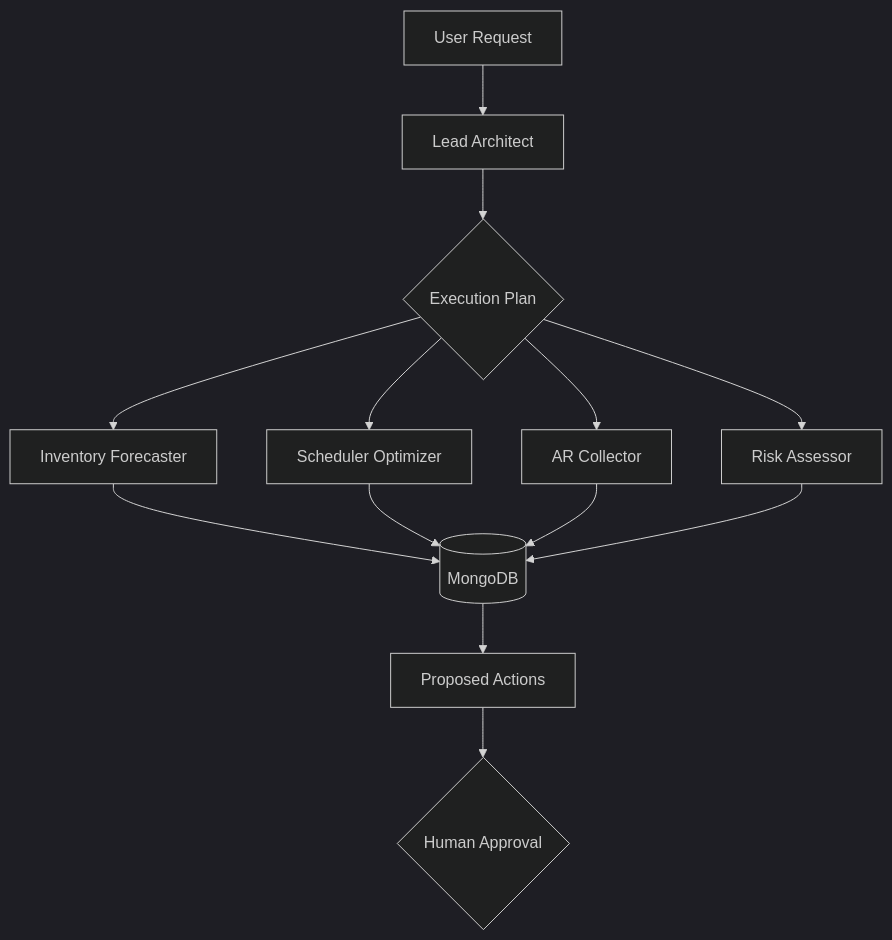
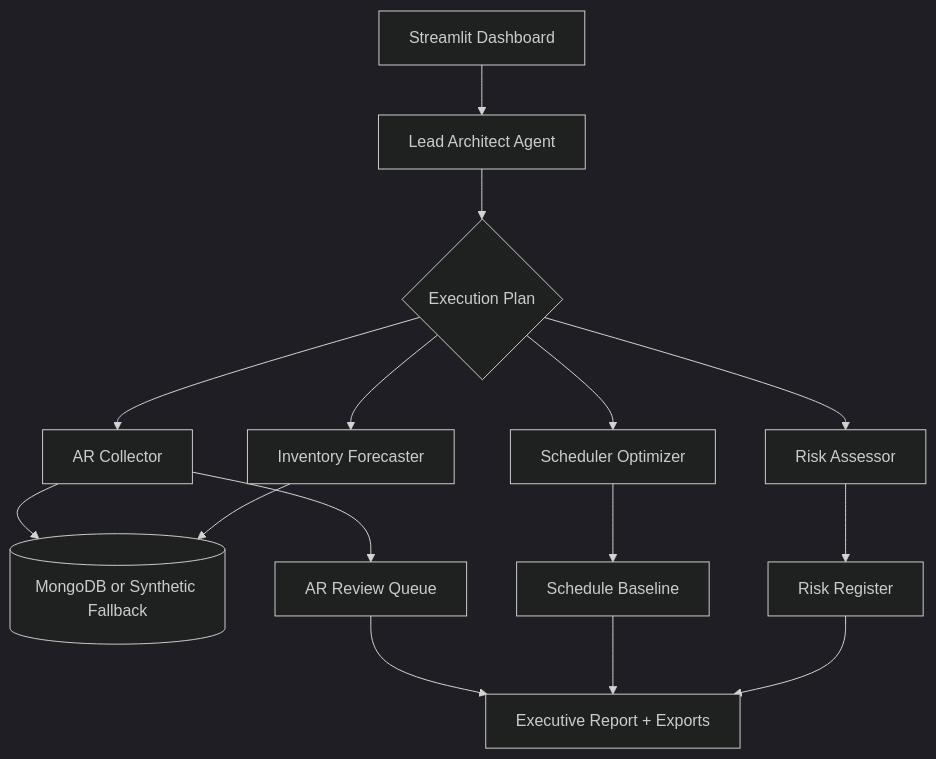
The diagram in README.md (jayjz/hvac-ops-agent), drawn with Mermaid (dark theme) before and after one commit. The commit also changed other lines of this file and 4 other files, not shown here.

First line of the commit message:
feat: professional optimization pipeline + dispatch baseline report engine

````diff
--- a/README.md
+++ b/README.md
@@ -62,15 +99,17 @@
 ```mermaid
 graph TB
-    A[User Request] --> B[Lead Architect]
+    A[Streamlit Dashboard] --> B[Lead Architect Agent]
     B --> C{Execution Plan}
     C --> D[Inventory Forecaster]
-    C --> E[Scheduler Optimizer]
-    C --> F[AR Collector]
-    C --> G[Risk Assessor]
-    D --> H[(MongoDB)]
-    E --> H
-    F --> H
+    C --> E[Risk Assessor]
+    C --> F[Scheduler Optimizer]
+    C --> G[AR Collector]
+    D --> H[(MongoDB or Synthetic Fallback)]
     G --> H
-    H --> I[Proposed Actions]
-    I --> J{Human Approval}
+    E --> I[Risk Register]
+    F --> J[Schedule Baseline]
+    G --> K[AR Review Queue]
+    I --> L[Executive Report + Exports]
+    J --> L
+    K --> L
 ```
````
